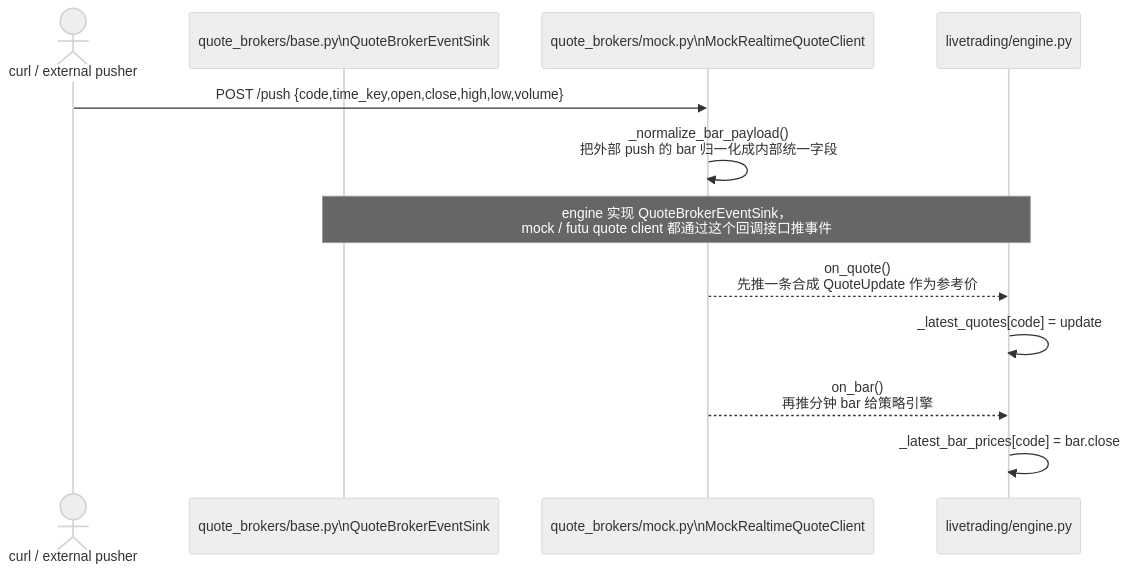
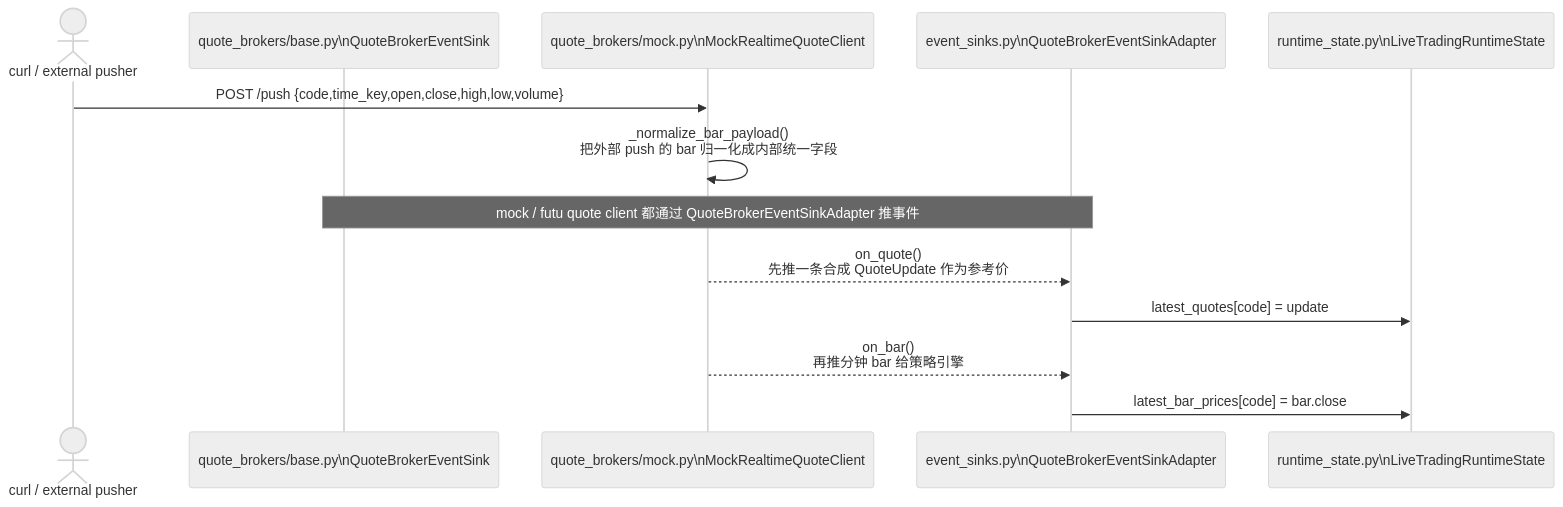
One commit to hangchow/backtest changed the fourth of 7 diagrams in docs/README_livetrading_sequence.md. Above: the diagram before and after it, drawn with Mermaid (neutral theme). The commit also changed other lines of this file and 12 other files, not shown here.

````diff
--- a/docs/README_livetrading_sequence.md
+++ b/docs/README_livetrading_sequence.md
@@ -224,16 +233,17 @@
 ```mermaid
 sequenceDiagram
     actor C as curl / external pusher
     participant QBASE as quote_brokers/base.py\nQuoteBrokerEventSink
     participant QB as quote_brokers/mock.py\nMockRealtimeQuoteClient
-    participant ENG as livetrading/engine.py
+    participant QS as event_sinks.py\nQuoteBrokerEventSinkAdapter
+    participant RST as runtime_state.py\nLiveTradingRuntimeState
 
     C->>QB: POST /push {code,time_key,open,close,high,low,volume}
     QB->>QB: _normalize_bar_payload()<br/>把外部 push 的 bar 归一化成内部统一字段
-    Note over ENG,QBASE: engine 实现 QuoteBrokerEventSink，<br/>mock / futu quote client 都通过这个回调接口推事件
-    QB-->>ENG: on_quote()<br/>先推一条合成 QuoteUpdate 作为参考价
-    ENG->>ENG: _latest_quotes[code] = update
+    Note over QS,QBASE: mock / futu quote client 都通过 QuoteBrokerEventSinkAdapter 推事件
+    QB-->>QS: on_quote()<br/>先推一条合成 QuoteUpdate 作为参考价
+    QS->>RST: latest_quotes[code] = update
 
-    QB-->>ENG: on_bar()<br/>再推分钟 bar 给策略引擎
-    ENG->>ENG: _latest_bar_prices[code] = bar.close
+    QB-->>QS: on_bar()<br/>再推分钟 bar 给策略引擎
+    QS->>RST: latest_bar_prices[code] = bar.close
 ```
````
